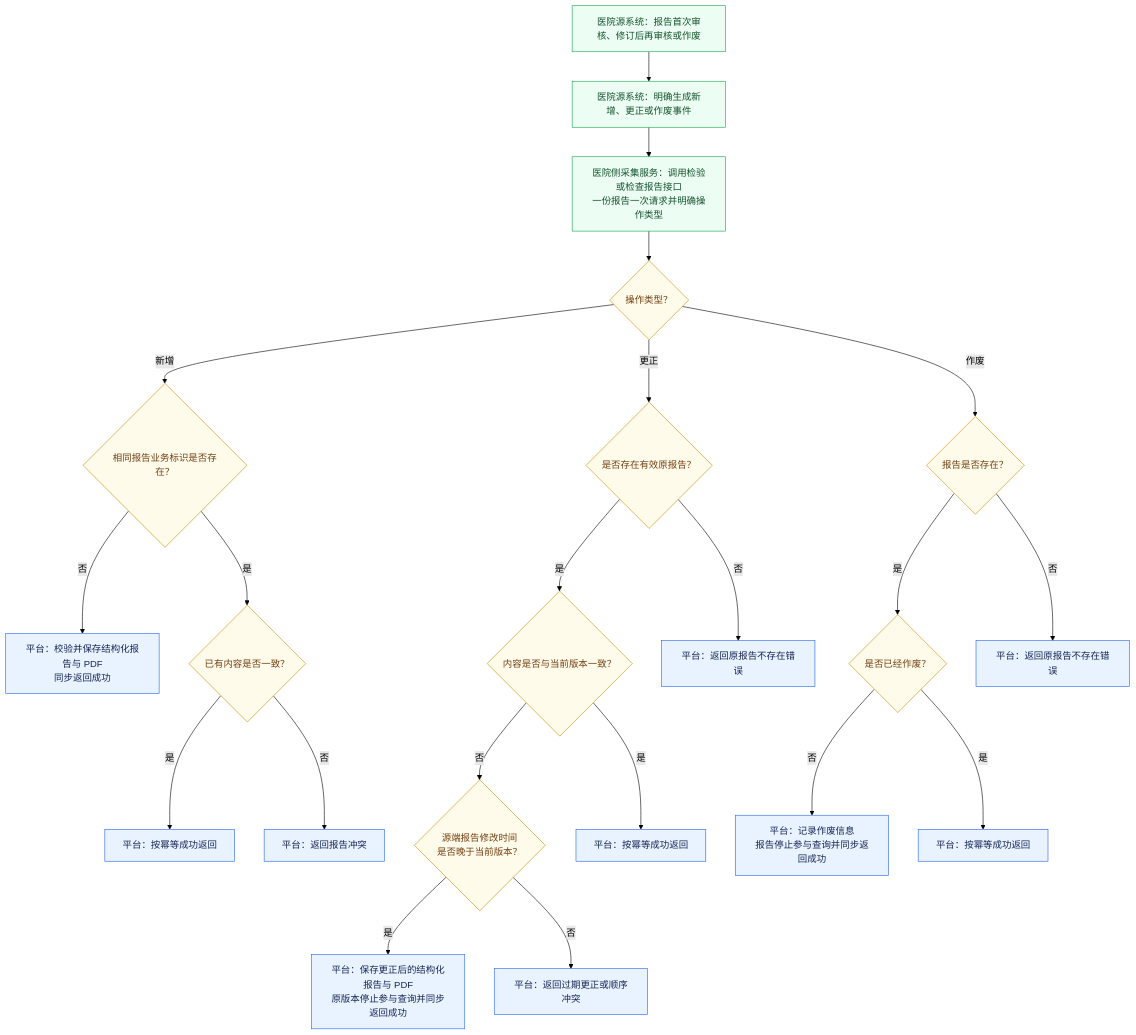
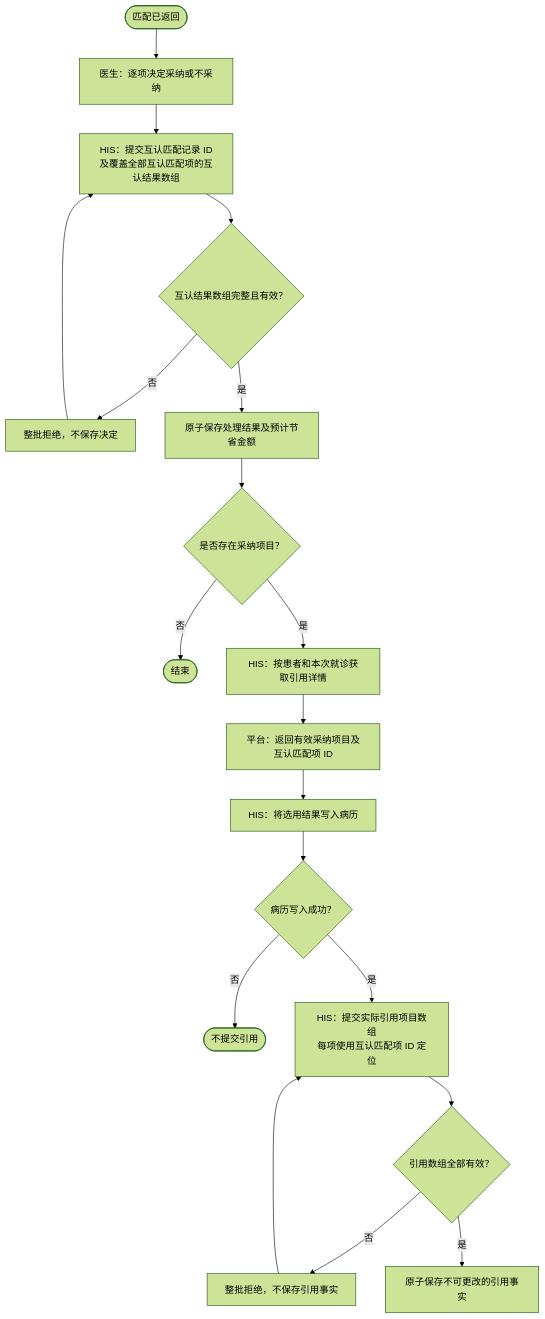
Before and after one commit to taskMain/Lis: the fifth of 6 diagrams in docs/流程图.md, drawn with Mermaid (forest theme). The commit also changed other lines of this file and 446 other files, not shown here.

````diff
--- a/docs/流程图.md
+++ b/docs/流程图.md
@@ -149,56 +184,21 @@
 ```mermaid
 flowchart TD
-    H1["医院源系统：报告首次审核、修订后再审核或作废"]
-    H2["医院源系统：明确生成新增、更正或作废事件"]
-    H3["医院侧采集服务：调用检验或检查报告接口<br/>一份报告一次请求并明确操作类型"]
-    R1{"操作类型？"}
-
-    N1{"相同报告业务标识是否存在？"}
-    N2["平台：校验并保存结构化报告与 PDF<br/>同步返回成功"]
-    N3{"已有内容是否一致？"}
-    N4["平台：按幂等成功返回"]
-    N5["平台：返回报告冲突"]
-
-    C1{"是否存在有效原报告？"}
-    C4{"内容是否与当前版本一致？"}
-    C5{"源端报告修改时间<br/>是否晚于当前版本？"}
-    C2["平台：保存更正后的结构化报告与 PDF<br/>原版本停止参与查询并同步返回成功"]
-    C3["平台：返回原报告不存在错误"]
-    C6["平台：按幂等成功返回"]
-    C7["平台：返回过期更正或顺序冲突"]
-
-    V1{"报告是否存在？"}
-    V2{"是否已经作废？"}
-    V3["平台：记录作废信息<br/>报告停止参与查询并同步返回成功"]
-    V4["平台：按幂等成功返回"]
-    V5["平台：返回原报告不存在错误"]
-
-    H1 --> H2 --> H3 --> R1
-    R1 -- "新增" --> N1
-    N1 -- "否" --> N2
-    N1 -- "是" --> N3
-    N3 -- "是" --> N4
-    N3 -- "否" --> N5
-
-    R1 -- "更正" --> C1
-    C1 -- "是" --> C4
-    C1 -- "否" --> C3
-    C4 -- "是" --> C6
-    C4 -- "否" --> C5
-    C5 -- "是" --> C2
-    C5 -- "否" --> C7
-
-    R1 -- "作废" --> V1
-    V1 -- "是" --> V2
-    V1 -- "否" --> V5
-    V2 -- "是" --> V4
-    V2 -- "否" --> V3
-
-    classDef platform fill:#e8f3ff,stroke:#2563eb,color:#172554;
-    classDef hospital fill:#ecfdf3,stroke:#16a34a,color:#14532d;
-    classDef decision fill:#fffbea,stroke:#ca8a04,color:#713f12;
-
-    class N2,N4,N5,C2,C3,C6,C7,V3,V4,V5 platform;
-    class H1,H2,H3 hospital;
-    class R1,N1,N3,C1,C4,C5,V1,V2 decision;
+    S([匹配已返回]) --> A["医生：逐项决定采纳或不采纳"]
+    A --> B["HIS：提交互认匹配记录 ID及覆盖全部互认匹配项的互认结果数组"]
+    B --> C{"互认结果数组完整且有效？"}
+    C -- "否" --> D["整批拒绝，不保存决定"]
+    D --> B
+    C -- "是" --> E["原子保存处理结果及预计节省金额"]
+    E --> F{"是否存在采纳项目？"}
+    F -- "否" --> END1([结束])
+    F -- "是" --> G["HIS：按患者和本次就诊获取引用详情"]
+    G --> H["平台：返回有效采纳项目及互认匹配项 ID"]
+    H --> I["HIS：将选用结果写入病历"]
+    I --> J{"病历写入成功？"}
+    J -- "否" --> END2([不提交引用])
+    J -- "是" --> K["HIS：提交实际引用项目数组<br/>每项使用互认匹配项 ID 定位"]
+    K --> L{"引用数组全部有效？"}
+    L -- "否" --> M["整批拒绝，不保存引用事实"]
+    M --> K
+    L -- "是" --> N["原子保存不可更改的引用事实"]
 ```
````
